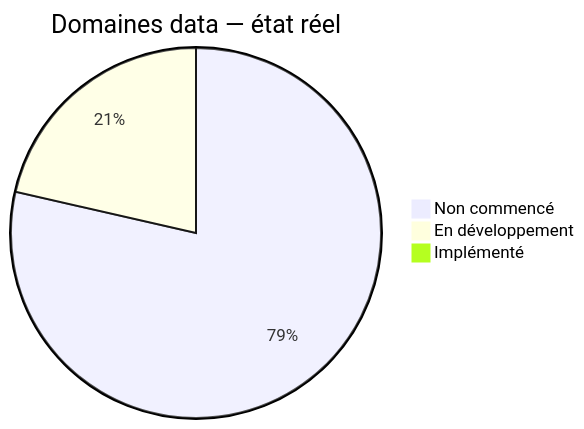
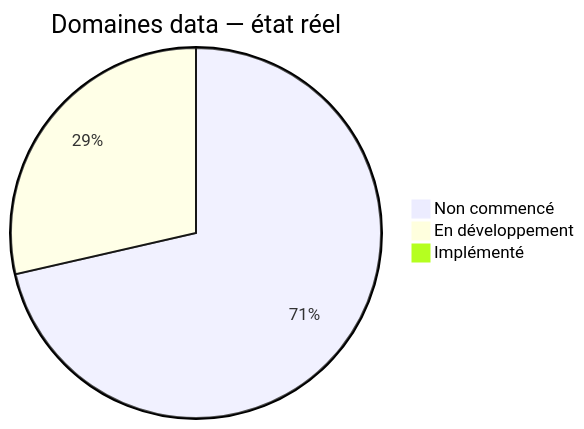
The second of 5 diagrams in docs/runtime/03_DATA_STATUS.md (JavaChrist/Tai-Chi-AI-Coach), drawn with Mermaid before and after one commit. The commit also changed other lines of this file and 37 other files, not shown here.

````diff
--- a/docs/runtime/03_DATA_STATUS.md
+++ b/docs/runtime/03_DATA_STATUS.md
@@ -103,6 +104,6 @@
 ```mermaid
 pie title Domaines data — état réel
-  "Non commencé" : 11
-  "En développement" : 3
+  "Non commencé" : 10
+  "En développement" : 4
   "Implémenté" : 0
 ```
````
